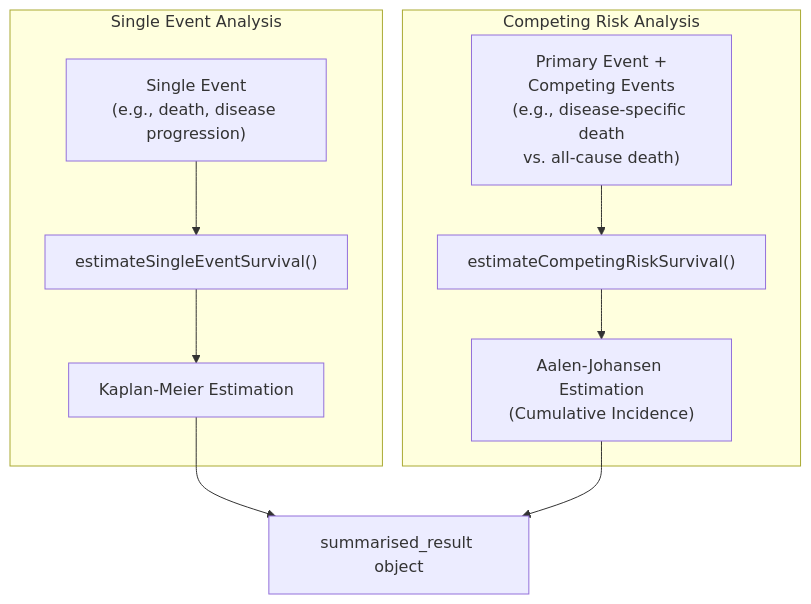
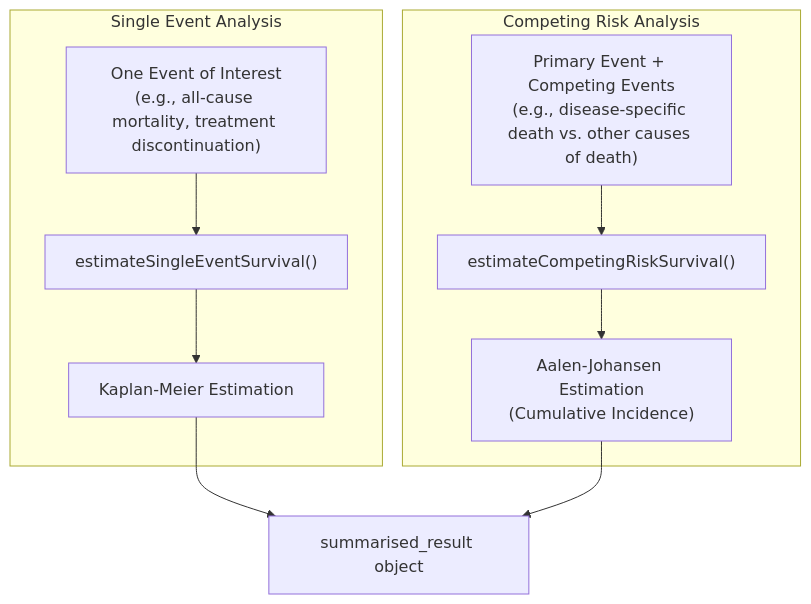
The diagram in docs/data_analysis/package_reference/cohortsurvival.md (iomedhealth/OMOPAnalyticsGuide), drawn with Mermaid before and after one commit. The commit also changed other lines of this file and 1 other file, not shown here.

````diff
--- a/docs/data_analysis/package_reference/cohortsurvival.md
+++ b/docs/data_analysis/package_reference/cohortsurvival.md
@@ -72,15 +28,15 @@
 ```mermaid
 graph TB
     subgraph "Single Event Analysis"
-        SE_CONCEPT["Single Event<br/>(e.g., death, disease progression)"] --> SE_FUNC["estimateSingleEventSurvival()"]
+        SE_CONCEPT["One Event of Interest<br/>(e.g., all-cause mortality, treatment discontinuation)"] --> SE_FUNC["estimateSingleEventSurvival()"]
         SE_FUNC --> SE_METHOD["Kaplan-Meier Estimation"]
     end
 
     subgraph "Competing Risk Analysis"
-        CR_CONCEPT["Primary Event +<br/>Competing Events<br/>(e.g., disease-specific death<br/>vs. all-cause death)"] --> CR_FUNC["estimateCompetingRiskSurvival()"]
+        CR_CONCEPT["Primary Event + Competing Events<br/>(e.g., disease-specific death vs. other causes of death)"] --> CR_FUNC["estimateCompetingRiskSurvival()"]
         CR_FUNC --> CR_METHOD["Aalen-Johansen Estimation<br/>(Cumulative Incidence)"]
     end
 
     SE_METHOD --> RESULT["summarised_result object"]
     CR_METHOD --> RESULT
 ```
````
